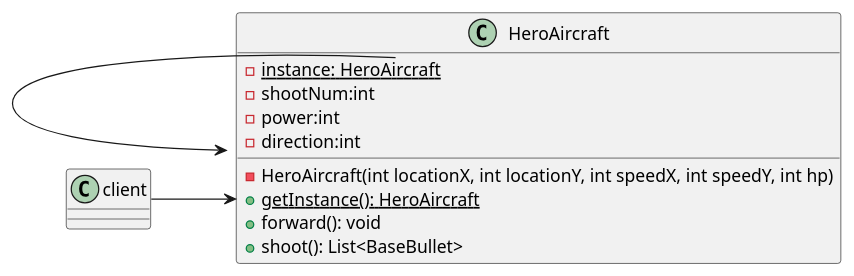
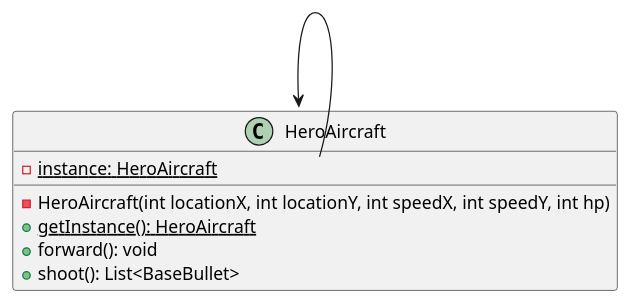
The diagram in uml/hero.puml (ziye26/aircraftwar), drawn with PlantUML before and after one commit. The commit also changed 39 other files, not shown here.

```diff
--- a/uml/hero.puml
+++ b/uml/hero.puml
@@ -1,18 +1,14 @@
 @startuml
-left to right direction
+
 class HeroAircraft {
     - {static} instance: HeroAircraft
-    - shootNum:int
-    - power:int
-    - direction:int
     - HeroAircraft(int locationX, int locationY, int speedX, int speedY, int hp)
     + {static} getInstance(): HeroAircraft
     + forward(): void
     + shoot(): List<BaseBullet>
 }
 
-
-client --> HeroAircraft::getInstance
-HeroAircraft::instance --> HeroAircraft
+HeroAircraft::instance -[hidden]-> HeroAircraft
+HeroAircraft::instance -left-> HeroAircraft
 
 @enduml
```
